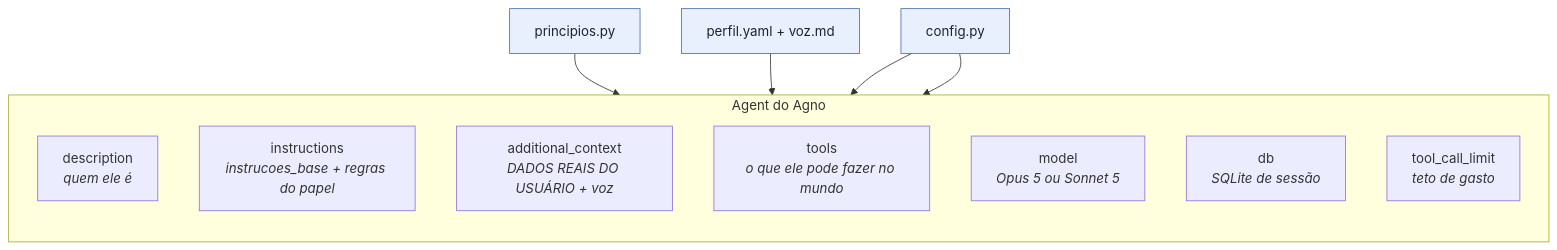
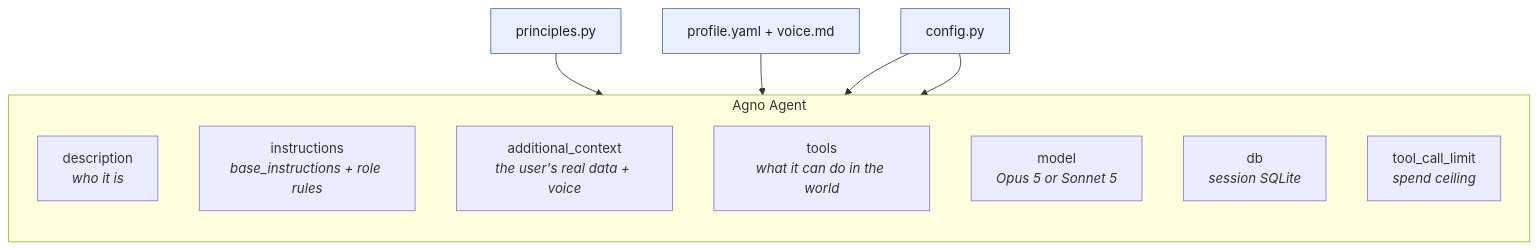
Before and after one commit to gabrantoniette/linkedin-growth-agents: the fourth of 5 diagrams in docs/mindmap.md, drawn with Mermaid. The commit also changed other lines of this file and 48 other files, not shown here.

````diff
--- a/docs/mindmap.md
+++ b/docs/mindmap.md
@@ -206,21 +206,21 @@
 ```mermaid
 flowchart TB
-    subgraph AGENTE["Agent do Agno"]
+    subgraph AGENT["Agno Agent"]
         direction TB
-        DESC["description<br/><i>quem ele é</i>"]
-        INST["instructions<br/><i>instrucoes_base + regras do papel</i>"]
-        CTX["additional_context<br/><i>DADOS REAIS DO USUÁRIO + voz</i>"]
-        TOOLS["tools<br/><i>o que ele pode fazer no mundo</i>"]
-        MOD["model<br/><i>Opus 5 ou Sonnet 5</i>"]
-        DB["db<br/><i>SQLite de sessão</i>"]
-        LIM["tool_call_limit<br/><i>teto de gasto</i>"]
+        DESC["description<br/><i>who it is</i>"]
+        INST["instructions<br/><i>base_instructions + role rules</i>"]
+        CTX["additional_context<br/><i>the user's real data + voice</i>"]
+        TOOLS["tools<br/><i>what it can do in the world</i>"]
+        MOD["model<br/><i>Opus 5 or Sonnet 5</i>"]
+        DB["db<br/><i>session SQLite</i>"]
+        LIM["tool_call_limit<br/><i>spend ceiling</i>"]
     end
 
-    PRINC["principios.py"] --> INST
-    PERFIL["perfil.yaml + voz.md"] --> CTX
+    PRINC["principles.py"] --> INST
+    PROFILE["profile.yaml + voice.md"] --> CTX
     CONF["config.py"] --> MOD
     CONF --> DB
 
-    classDef fonte fill:#e8f0fe,stroke:#4a6fa5,color:#1a2332
-    class PRINC,PERFIL,CONF fonte
+    classDef source fill:#e8f0fe,stroke:#4a6fa5,color:#1a2332
+    class PRINC,PROFILE,CONF source
 ```
````
